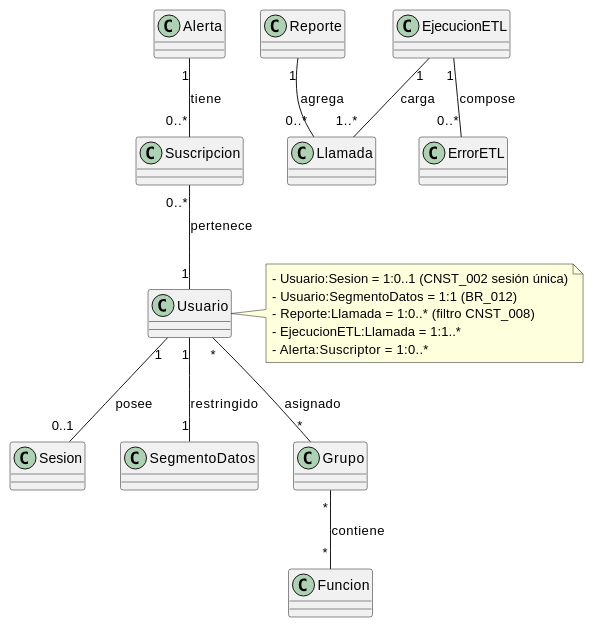
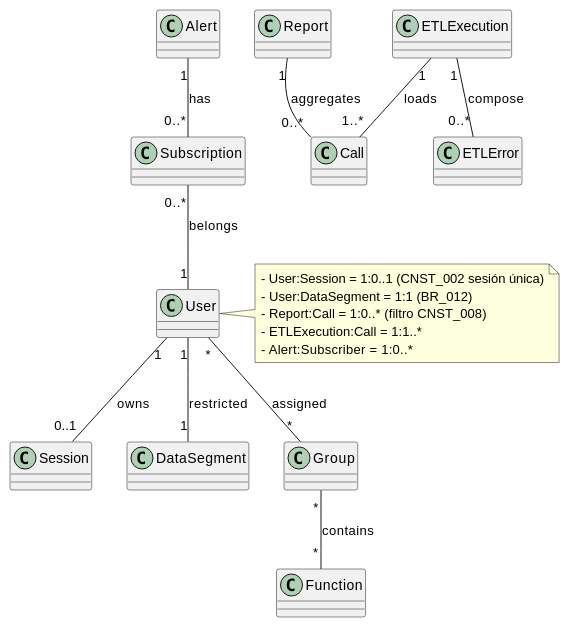
One commit to jcg-admin/IACT-docs changed the diagram in source/requisitos/_metodologia-aplicacion/relaciones-uml/multiplicidades-canonicas-iact.rst. Above: the diagram before and after it, drawn with PlantUML. The commit also changed 19 other files, not shown here.

First line of the commit message:
Translate identifiers in B-C relaciones-uml/ (T-011..T-030)

```diff
--- a/source/requisitos/_metodologia-aplicacion/relaciones-uml/multiplicidades-canonicas-iact.rst
+++ b/source/requisitos/_metodologia-aplicacion/relaciones-uml/multiplicidades-canonicas-iact.rst
@@ -4,34 +4,34 @@
 .. uml::
 
    @startuml
 
-   class Usuario
-   class Sesion
-   class SegmentoDatos
-   class Grupo
-   class Funcion
-   class Llamada
-   class Reporte
-   class EjecucionETL
-   class ErrorETL
-   class Alerta
-   class Suscripcion
+   class User
+   class Session
+   class DataSegment
+   class Group
+   class Function
+   class Call
+   class Report
+   class ETLExecution
+   class ETLError
+   class Alert
+   class Subscription
 
-   Usuario "1" -- "0..1" Sesion           : posee
-   Usuario "1" -- "1"   SegmentoDatos     : restringido
-   Usuario "*" -- "*"   Grupo             : asignado
-   Grupo   "*" -- "*"   Funcion           : contiene
-   Reporte "1" -- "0..*" Llamada          : agrega
-   EjecucionETL "1" -- "0..*" ErrorETL    : compose
-   EjecucionETL "1" -- "1..*" Llamada     : carga
-   Alerta "1" -- "0..*" Suscripcion       : tiene
-   Suscripcion "0..*" -- "1" Usuario      : pertenece
+   User "1" -- "0..1" Session             : owns
+   User "1" -- "1"   DataSegment          : restricted
+   User "*" -- "*"   Group                : assigned
+   Group   "*" -- "*"   Function          : contains
+   Report "1" -- "0..*" Call              : aggregates
+   ETLExecution "1" -- "0..*" ETLError    : compose
+   ETLExecution "1" -- "1..*" Call        : loads
+   Alert "1" -- "0..*" Subscription       : has
+   Subscription "0..*" -- "1" User        : belongs
 
-   note right of Usuario
-     - Usuario:Sesion = 1:0..1 (CNST_002 sesión única)
-     - Usuario:SegmentoDatos = 1:1 (BR_012)
-     - Reporte:Llamada = 1:0..* (filtro CNST_008)
-     - EjecucionETL:Llamada = 1:1..*
-     - Alerta:Suscriptor = 1:0..*
+   note right of User
+     - User:Session = 1:0..1 (CNST_002 sesión única)
+     - User:DataSegment = 1:1 (BR_012)
+     - Report:Call = 1:0..* (filtro CNST_008)
+     - ETLExecution:Call = 1:1..*
+     - Alert:Subscriber = 1:0..*
    end note
    @enduml
```
